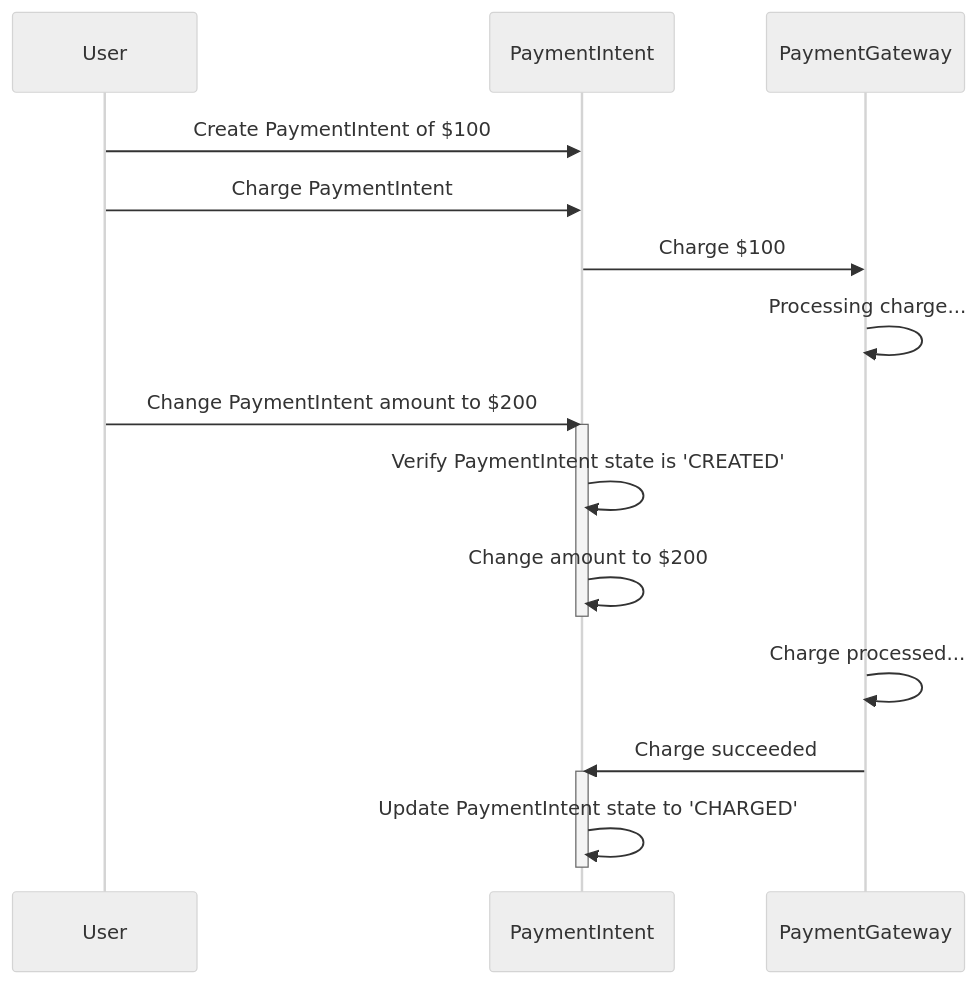
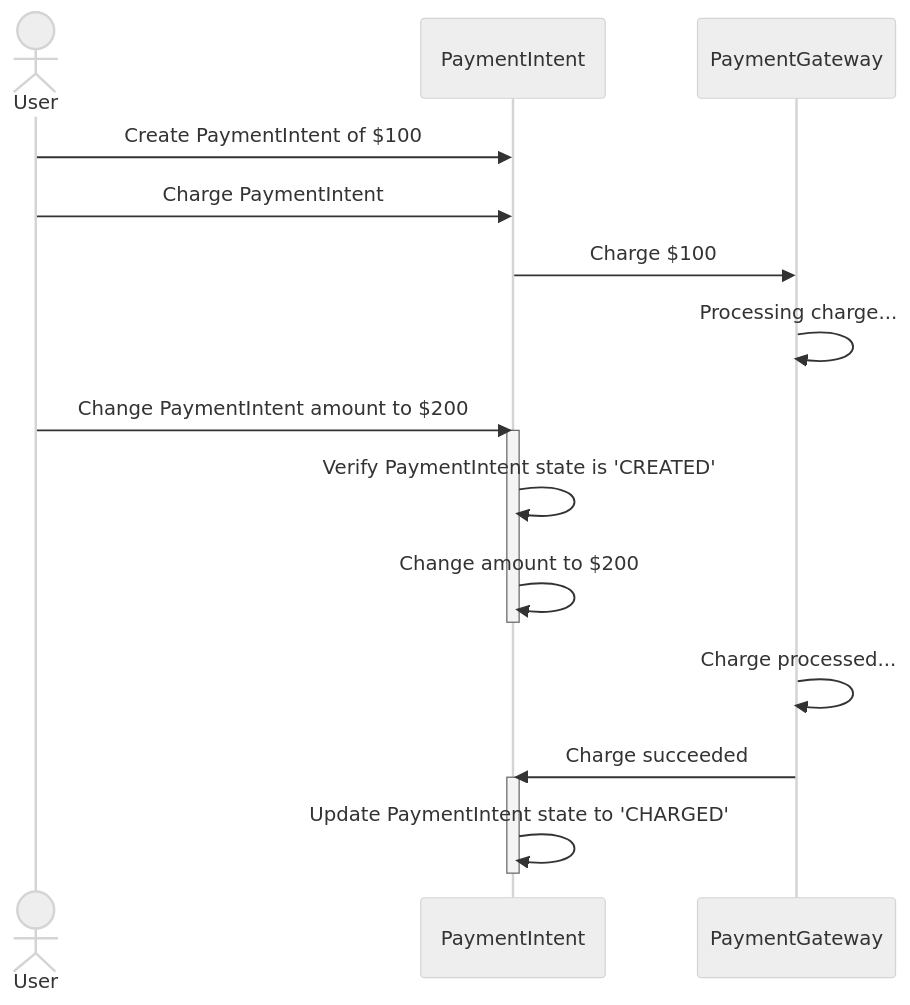
Before and after one commit to filipsnastins/concurrency-control-with-dynamodb: the second of 4 diagrams in README.md, drawn with Mermaid (neutral theme). The commit also changed other lines of this file, not shown here.

````diff
--- a/README.md
+++ b/README.md
@@ -79,25 +81,25 @@
 ```mermaid
 sequenceDiagram
-    participant User
+    actor User
     participant PaymentIntent
     participant PaymentGateway
 
     User->>PaymentIntent: Create PaymentIntent of $100
     User->>PaymentIntent: Charge PaymentIntent
 
     PaymentIntent->>PaymentGateway: Charge $100
     PaymentGateway->>PaymentGateway: Processing charge...
 
     User->>PaymentIntent: Change PaymentIntent amount to $200
     activate PaymentIntent
     PaymentIntent->>PaymentIntent: Verify PaymentIntent state is 'CREATED'
     PaymentIntent->>PaymentIntent: Change amount to $200
     deactivate PaymentIntent
 
     PaymentGateway->>PaymentGateway: Charge processed...
 
     PaymentGateway->>PaymentIntent: Charge succeeded
     activate PaymentIntent
     PaymentIntent->>PaymentIntent: Update PaymentIntent state to 'CHARGED'
     deactivate PaymentIntent
 ```
````
